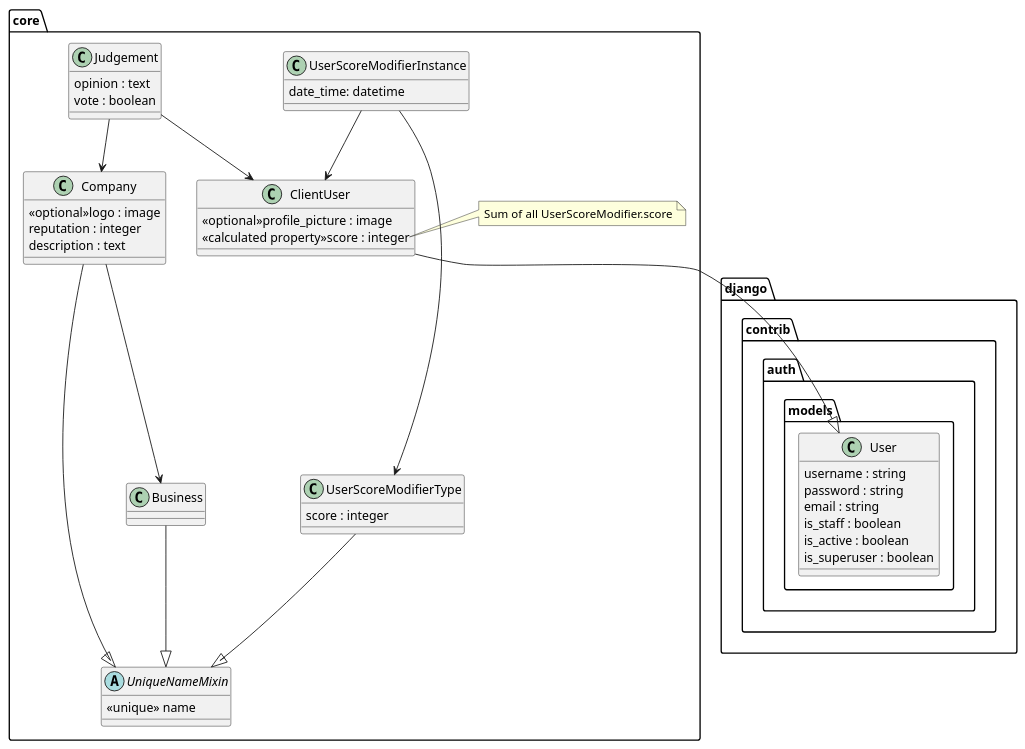
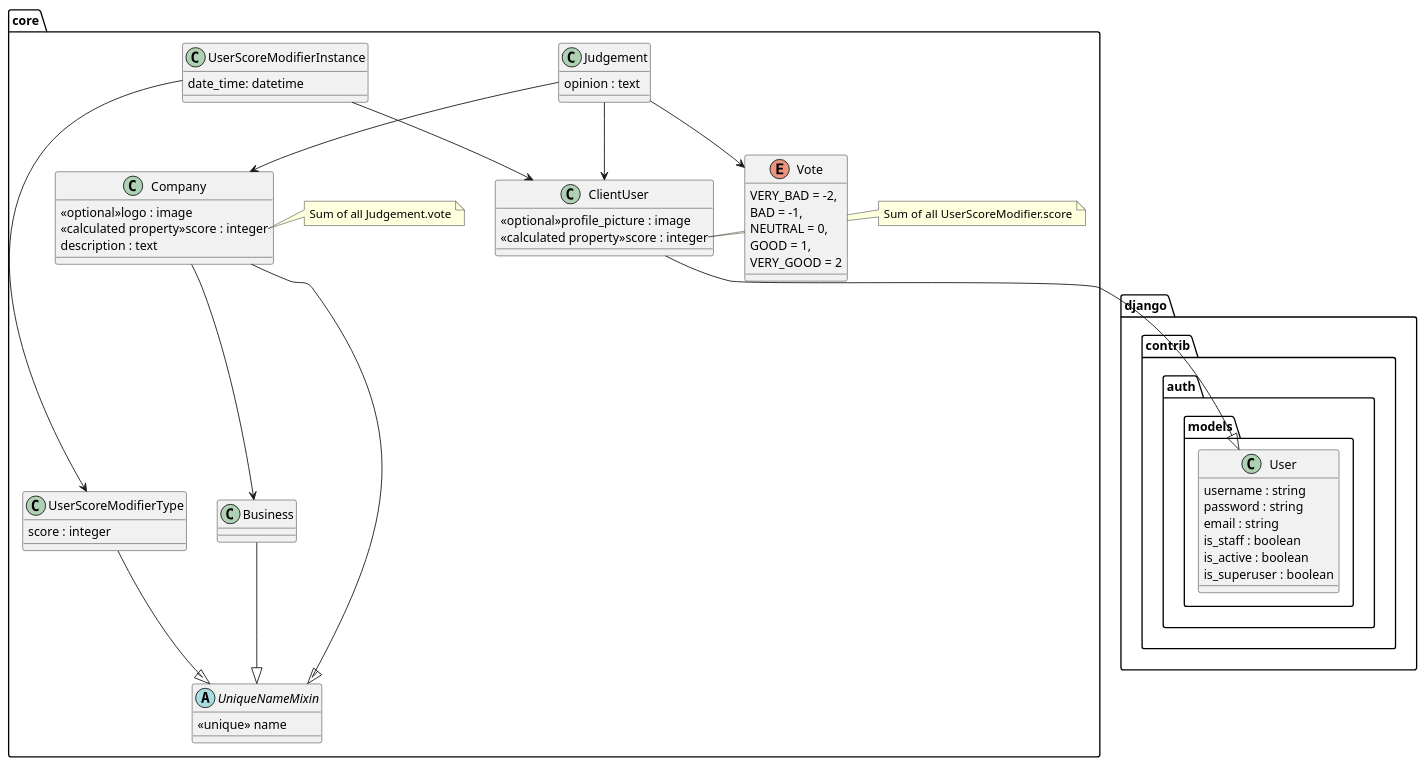
One commit to alvaroscelza/Claims-and-Complaints changed the diagram in documentation/modules_views/classes_diagrams/core.puml. Above: the diagram before and after it, drawn with PlantUML. The commit also changed 4 other files, not shown here.

```diff
--- a/documentation/modules_views/classes_diagrams/core.puml
+++ b/documentation/modules_views/classes_diagrams/core.puml
@@ -1,56 +1,67 @@
 @startuml core
     package django.contrib.auth.models <<Folder>> {
         class User {
             username : string
             password : string
             email : string
             is_staff : boolean
             is_active : boolean
             is_superuser : boolean
         }
     }
 
     package core <<Folder>> {
         abstract UniqueNameMixin {
             <<unique>> name
         }
 
         class Business
         Business --|> UniqueNameMixin
 
         class ClientUser {
             <<optional>>profile_picture : image
             <<calculated property>>score : integer
         }
         ClientUser --|> User
         note right of ClientUser::score
             Sum of all UserScoreModifier.score
         end note
 
         class Company {
             <<optional>>logo : image
-            reputation : integer
+            <<calculated property>>score : integer
             description : text
         }
         Company --|> UniqueNameMixin
         Company --> Business
+        note right of Company::score
+            Sum of all Judgement.vote
+        end note
+
+        enum Vote {
+            VERY_BAD = -2,
+            BAD = -1,
+            NEUTRAL = 0,
+            GOOD = 1,
+            VERY_GOOD = 2
+        }
 
         class Judgement {
             opinion : text
-            vote : boolean
         }
         Judgement --> Company
         Judgement --> ClientUser
+        Judgement --> Vote
 
         class UserScoreModifierInstance {
             date_time: datetime
         }
         UserScoreModifierInstance --> ClientUser
         UserScoreModifierInstance --> UserScoreModifierType
 
         class UserScoreModifierType {
             score : integer
         }
         UserScoreModifierType --|> UniqueNameMixin
     }
 @enduml
```
